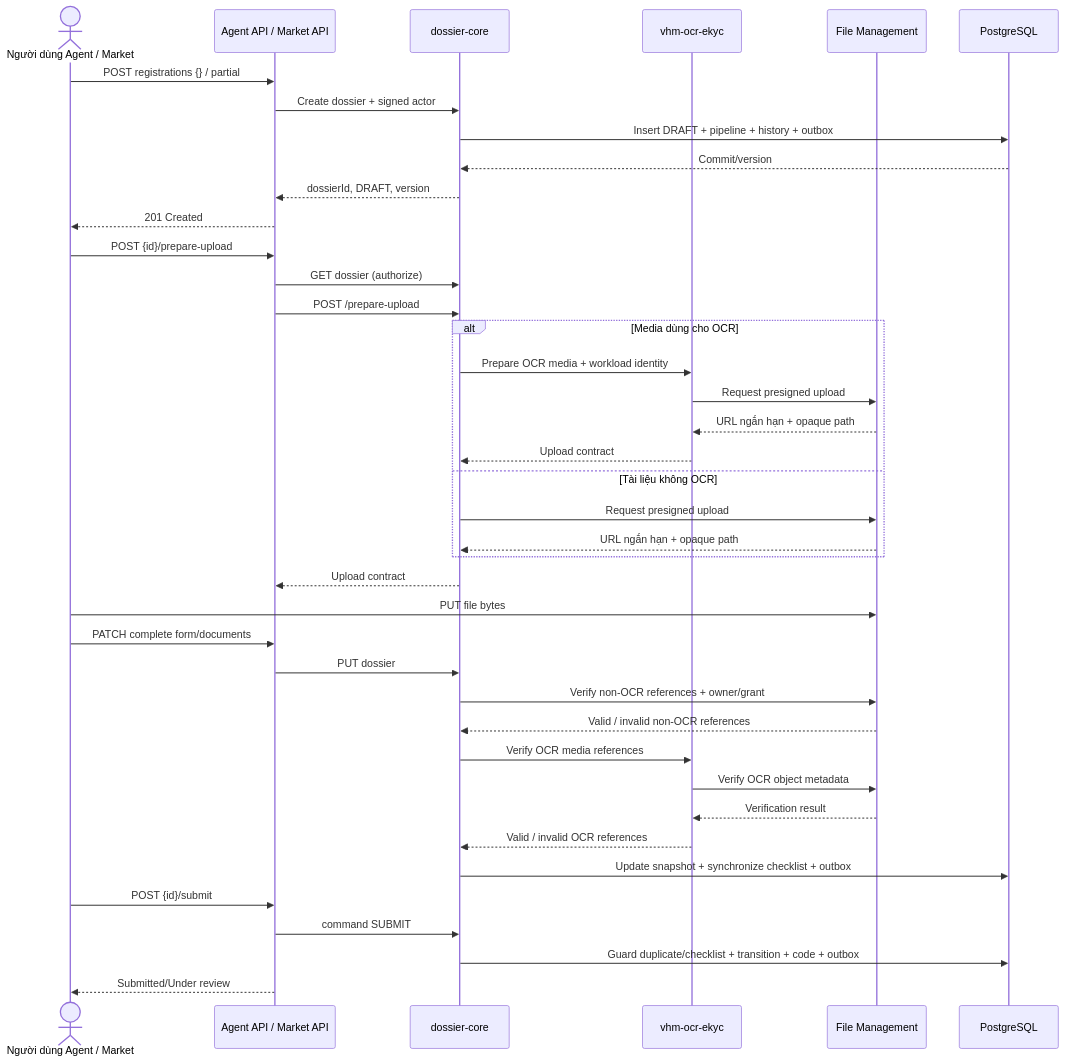
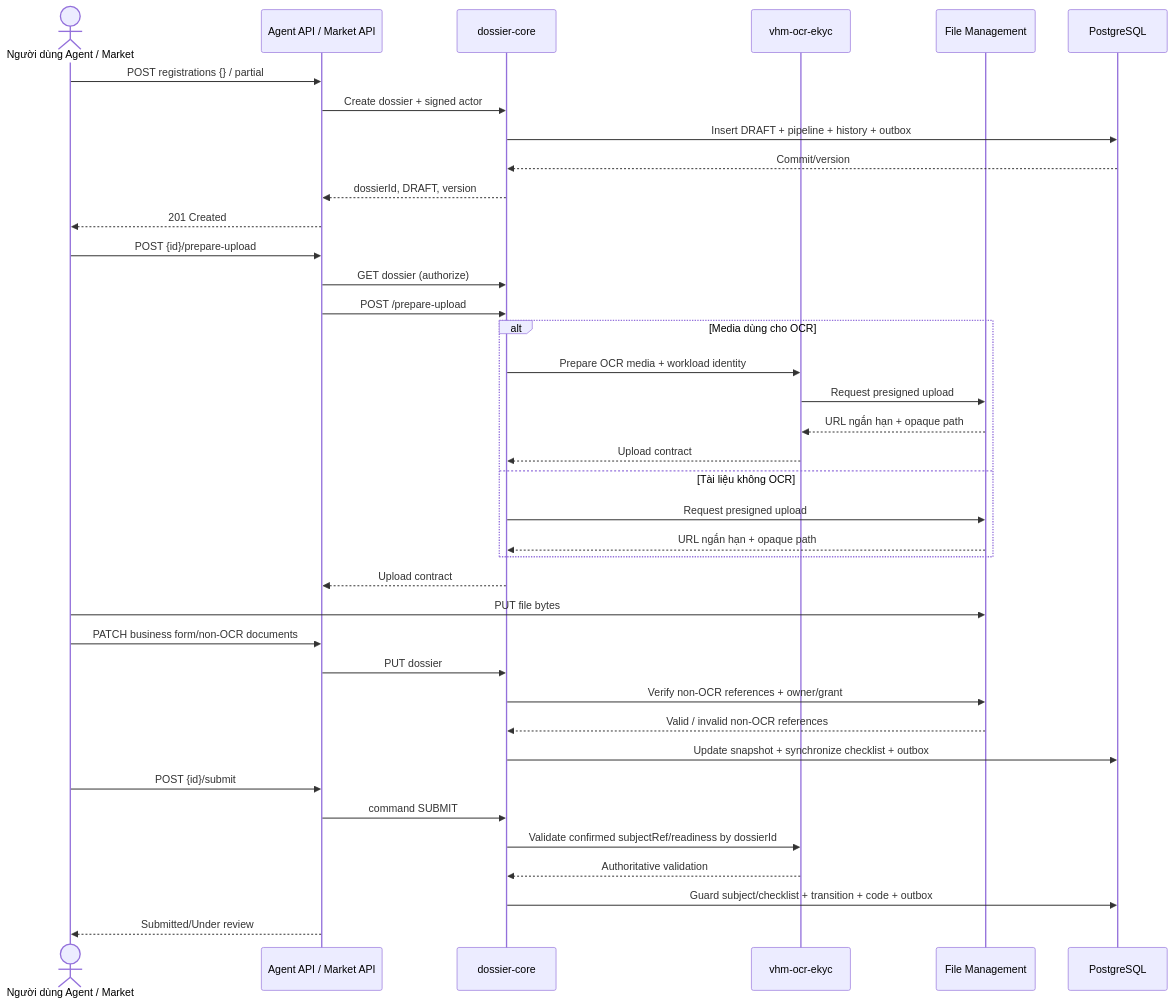
Before and after one commit to huynv-xyz/vhm: the fifth of 8 diagrams in tdd-dossier.md, drawn with Mermaid. The commit also changed other lines of this file, not shown here.

````diff
--- a/tdd-dossier.md
+++ b/tdd-dossier.md
@@ -635,43 +635,41 @@
 ```mermaid
 sequenceDiagram
     actor U as Người dùng Agent / Market
     participant A as Agent API / Market API
     participant C as dossier-core
     participant O as vhm-ocr-ekyc
     participant F as File Management
     participant D as PostgreSQL
 
     U->>A: POST registrations {} / partial
     A->>C: Create dossier + signed actor
     C->>D: Insert DRAFT + pipeline + history + outbox
     D-->>C: Commit/version
     C-->>A: dossierId, DRAFT, version
     A-->>U: 201 Created
     U->>A: POST {id}/prepare-upload
     A->>C: GET dossier (authorize)
     A->>C: POST /prepare-upload
     alt Media dùng cho OCR
         C->>O: Prepare OCR media + workload identity
         O->>F: Request presigned upload
         F-->>O: URL ngắn hạn + opaque path
         O-->>C: Upload contract
     else Tài liệu không OCR
         C->>F: Request presigned upload
         F-->>C: URL ngắn hạn + opaque path
     end
     C-->>A: Upload contract
     U->>F: PUT file bytes
-    U->>A: PATCH complete form/documents
+    U->>A: PATCH business form/non-OCR documents
     A->>C: PUT dossier
     C->>F: Verify non-OCR references + owner/grant
     F-->>C: Valid / invalid non-OCR references
-    C->>O: Verify OCR media references
-    O->>F: Verify OCR object metadata
-    F-->>O: Verification result
-    O-->>C: Valid / invalid OCR references
     C->>D: Update snapshot + synchronize checklist + outbox
     U->>A: POST {id}/submit
     A->>C: command SUBMIT
-    C->>D: Guard duplicate/checklist + transition + code + outbox
+    C->>O: Validate confirmed subjectRef/readiness by dossierId
+    O-->>C: Authoritative validation
+    C->>D: Guard subject/checklist + transition + code + outbox
     A-->>U: Submitted/Under review
 ```
````
